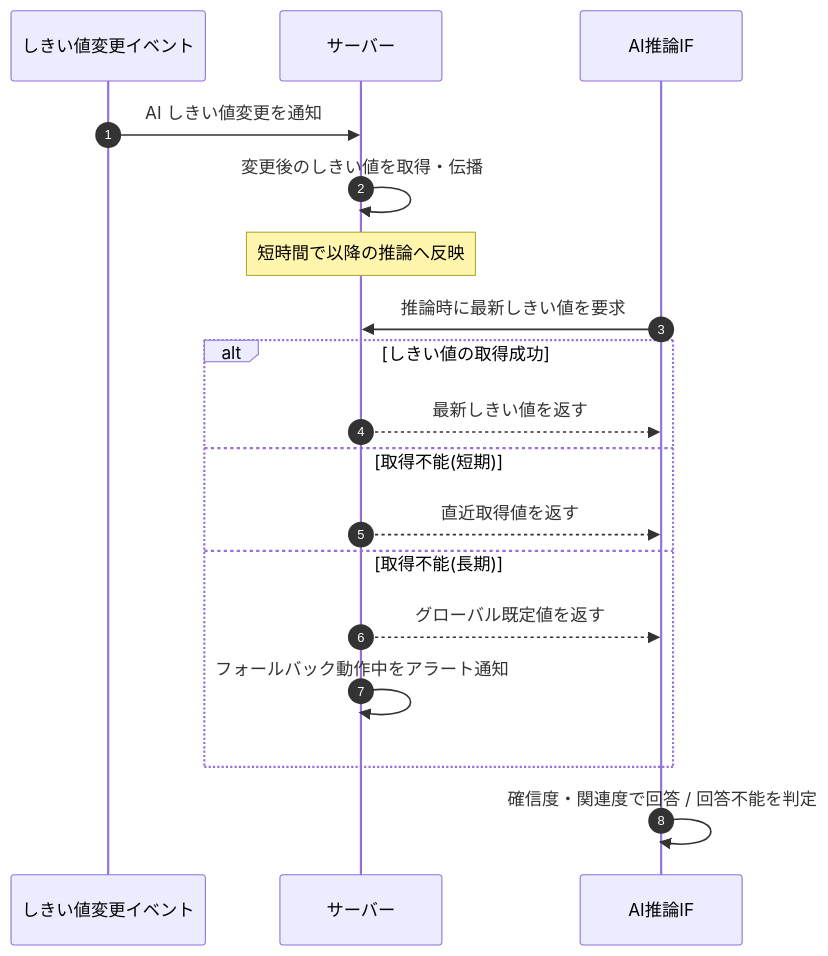
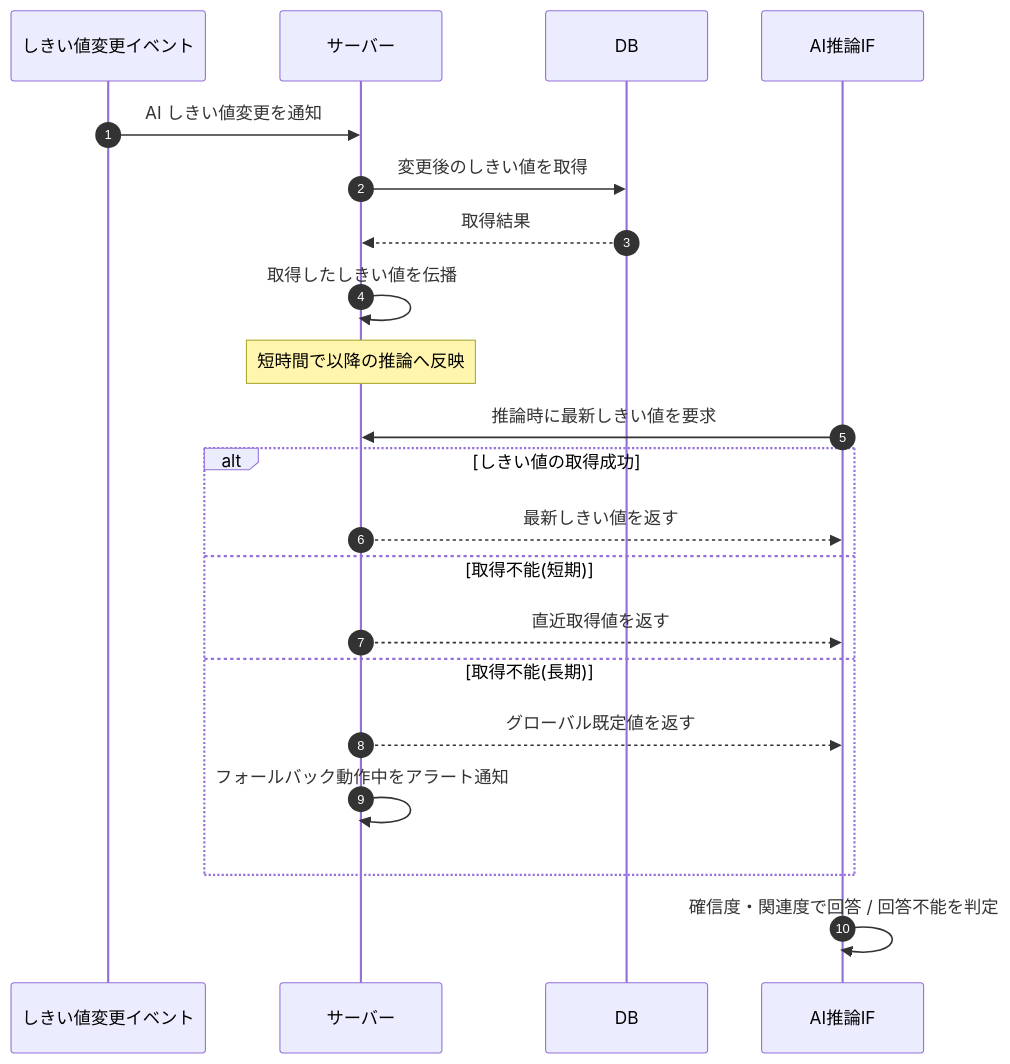
The diagram in 02_basic_design/03_sequences/SEQ-105.md (sikakou54/open-faq), drawn with Mermaid before and after one commit. The commit also changed other lines of this file and 122 other files, not shown here.

First line of the commit message:
シーケンス図に DB アクターを追加(DB 操作をサーバー自己メッセージから分離)

````diff
--- a/02_basic_design/03_sequences/SEQ-105.md
+++ b/02_basic_design/03_sequences/SEQ-105.md
@@ -26,20 +26,23 @@
 ```mermaid
 sequenceDiagram
   autonumber
   participant E as しきい値変更イベント
   participant Server as サーバー
+  participant DB as DB
   participant AI as AI推論IF
   E->>Server: AI しきい値変更を通知
-  Server->>Server: 変更後のしきい値を取得・伝播
+  Server->>DB: 変更後のしきい値を取得
+  DB-->>Server: 取得結果
+  Server->>Server: 取得したしきい値を伝播
   Note over Server: 短時間で以降の推論へ反映
   AI->>Server: 推論時に最新しきい値を要求
   alt しきい値の取得成功
     Server-->>AI: 最新しきい値を返す
   else 取得不能(短期)
     Server-->>AI: 直近取得値を返す
   else 取得不能(長期)
     Server-->>AI: グローバル既定値を返す
     Server->>Server: フォールバック動作中をアラート通知
   end
   AI->>AI: 確信度・関連度で回答 / 回答不能を判定
 ```
````
